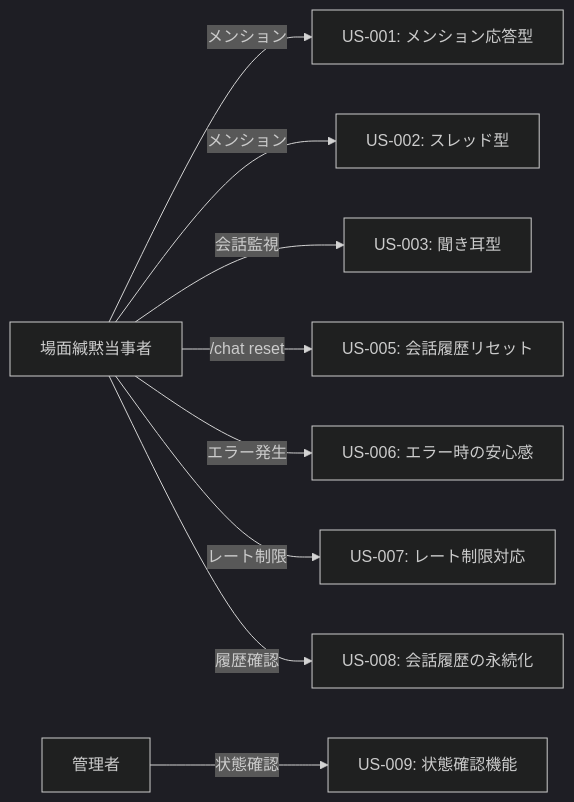
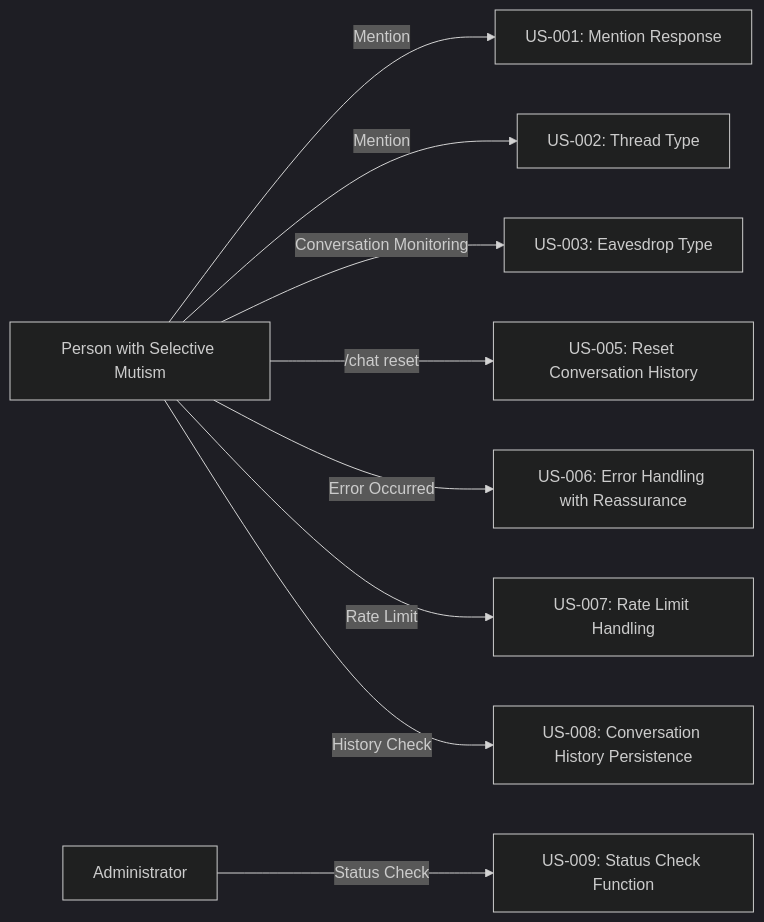
The diagram in docs/requirements/user-stories.md (fluxrozin/kotonoha-bot), drawn with Mermaid (dark theme) before and after one commit. The commit also changed other lines of this file and 42 other files, not shown here.

First line of the commit message:
Enhance configuration and documentation for thread management and eavesdrop functionality

````diff
--- a/docs/requirements/user-stories.md
+++ b/docs/requirements/user-stories.md
@@ -234,12 +296,12 @@
 ```mermaid
 graph LR
-    A[場面緘黙当事者] -->|メンション| B[US-001: メンション応答型]
-    A -->|メンション| C[US-002: スレッド型]
-    A -->|会話監視| D[US-003: 聞き耳型]
-    A -->|/chat reset| F[US-005: 会話履歴リセット]
-    A -->|エラー発生| G[US-006: エラー時の安心感]
-    A -->|レート制限| H[US-007: レート制限対応]
-    A -->|履歴確認| I[US-008: 会話履歴の永続化]
+    A[Person with Selective Mutism] -->|Mention| B[US-001: Mention Response]
+    A -->|Mention| C[US-002: Thread Type]
+    A -->|Conversation Monitoring| D[US-003: Eavesdrop Type]
+    A -->|/chat reset| F[US-005: Reset Conversation History]
+    A -->|Error Occurred| G[US-006: Error Handling with Reassurance]
+    A -->|Rate Limit| H[US-007: Rate Limit Handling]
+    A -->|History Check| I[US-008: Conversation History Persistence]
 
-    J[管理者] -->|状態確認| K[US-009: 状態確認機能]
+    J[Administrator] -->|Status Check| K[US-009: Status Check Function]
 ```
````
